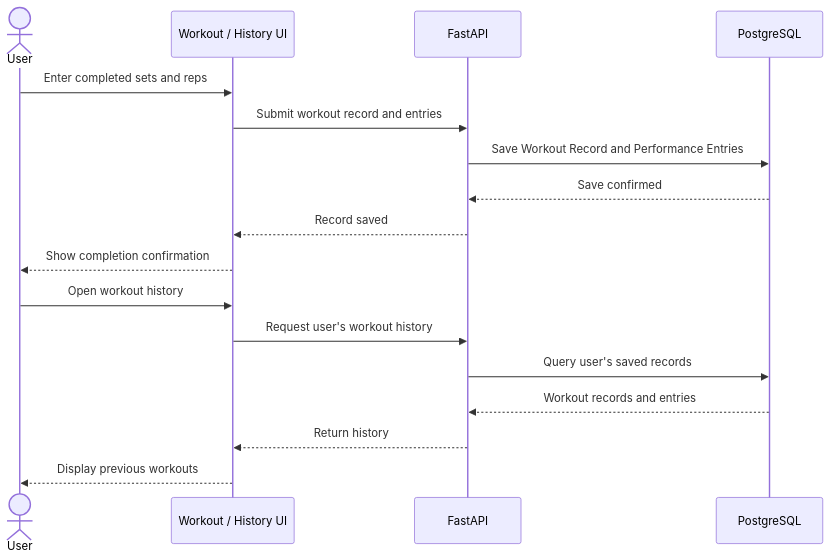
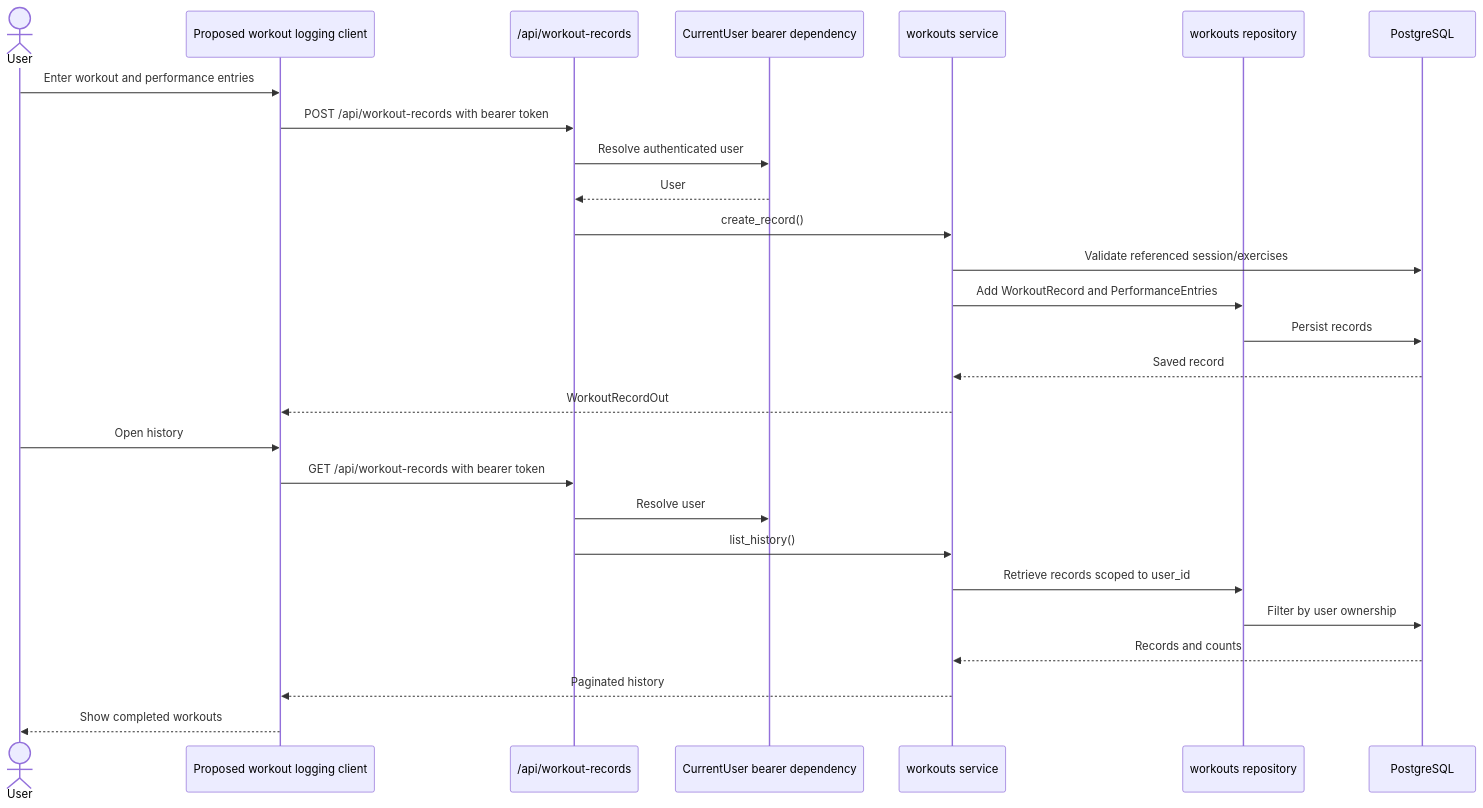
Before and after one commit to SFSU-CSC648-TeamOne/SFSU-csc648-06-Fall26-team01: the sixth of 7 diagrams in milestones/m2/high-lvl-uml.md, drawn with Mermaid. The commit also changed other lines of this file and 1 other file, not shown here.

Commit message:
Updated archtecture and high-lvl-uml to reflect recent changes to repo.

````diff
--- a/milestones/m2/high-lvl-uml.md
+++ b/milestones/m2/high-lvl-uml.md
@@ -172,21 +218,29 @@
 ```mermaid
 sequenceDiagram
     actor User
-    participant UI as Workout / History UI
-    participant API as FastAPI
+    participant Client as Proposed workout logging client
+    participant Route as /api/workout-records
+    participant Identity as CurrentUser bearer dependency
+    participant Service as workouts service
+    participant Repo as workouts repository
     participant DB as PostgreSQL
-
-    User->>UI: Enter completed sets and reps
-    UI->>API: Submit workout record and entries
-    API->>DB: Save Workout Record and Performance Entries
-    DB-->>API: Save confirmed
-    API-->>UI: Record saved
-    UI-->>User: Show completion confirmation
-
-    User->>UI: Open workout history
-    UI->>API: Request user's workout history
-    API->>DB: Query user's saved records
-    DB-->>API: Workout records and entries
-    API-->>UI: Return history
-    UI-->>User: Display previous workouts
+    User->>Client: Enter workout and performance entries
+    Client->>Route: POST /api/workout-records with bearer token
+    Route->>Identity: Resolve authenticated user
+    Identity-->>Route: User
+    Route->>Service: create_record()
+    Service->>DB: Validate referenced session/exercises
+    Service->>Repo: Add WorkoutRecord and PerformanceEntries
+    Repo->>DB: Persist records
+    DB-->>Service: Saved record
+    Service-->>Client: WorkoutRecordOut
+    User->>Client: Open history
+    Client->>Route: GET /api/workout-records with bearer token
+    Route->>Identity: Resolve user
+    Route->>Service: list_history()
+    Service->>Repo: Retrieve records scoped to user_id
+    Repo->>DB: Filter by user ownership
+    DB-->>Service: Records and counts
+    Service-->>Client: Paginated history
+    Client-->>User: Show completed workouts
 ```
````
